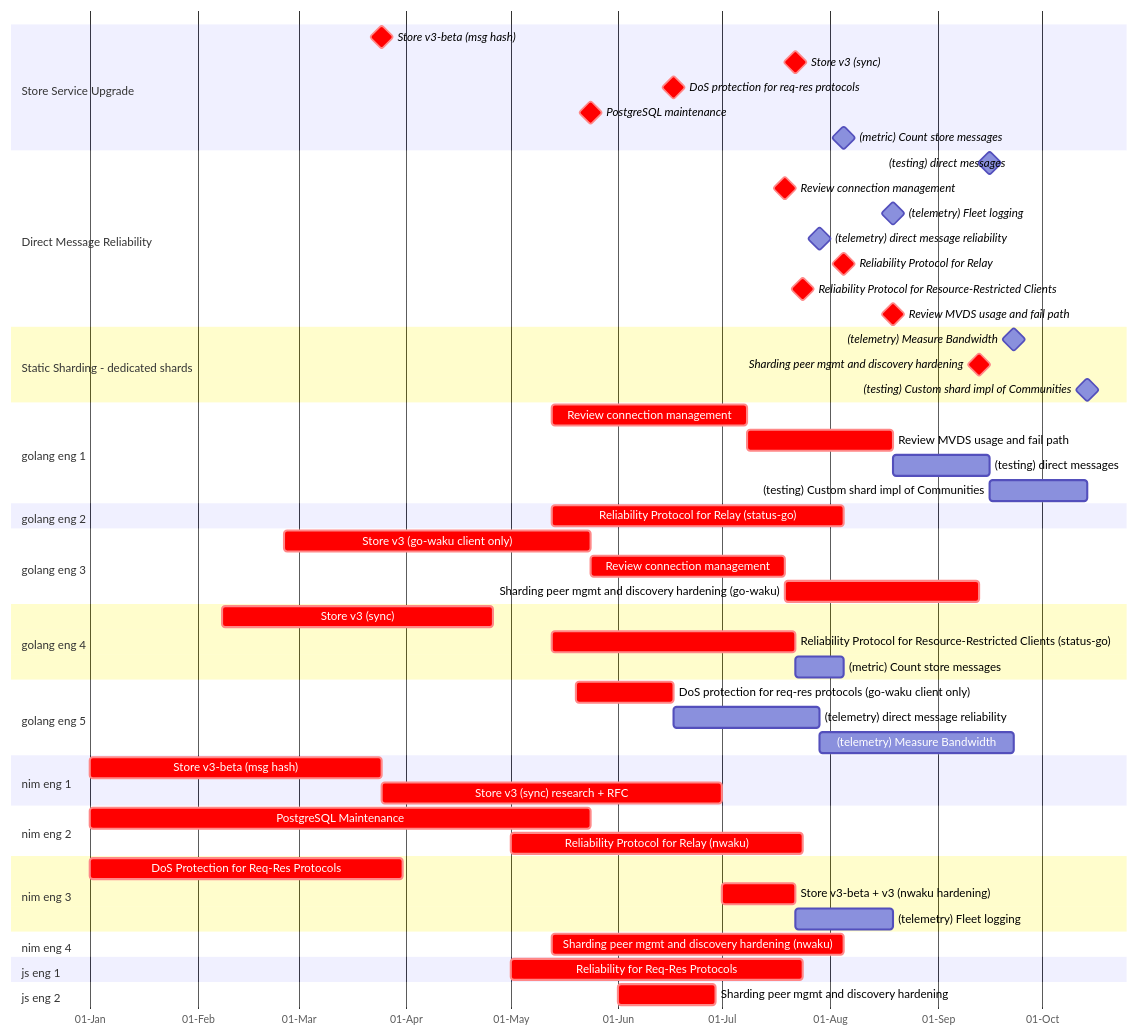
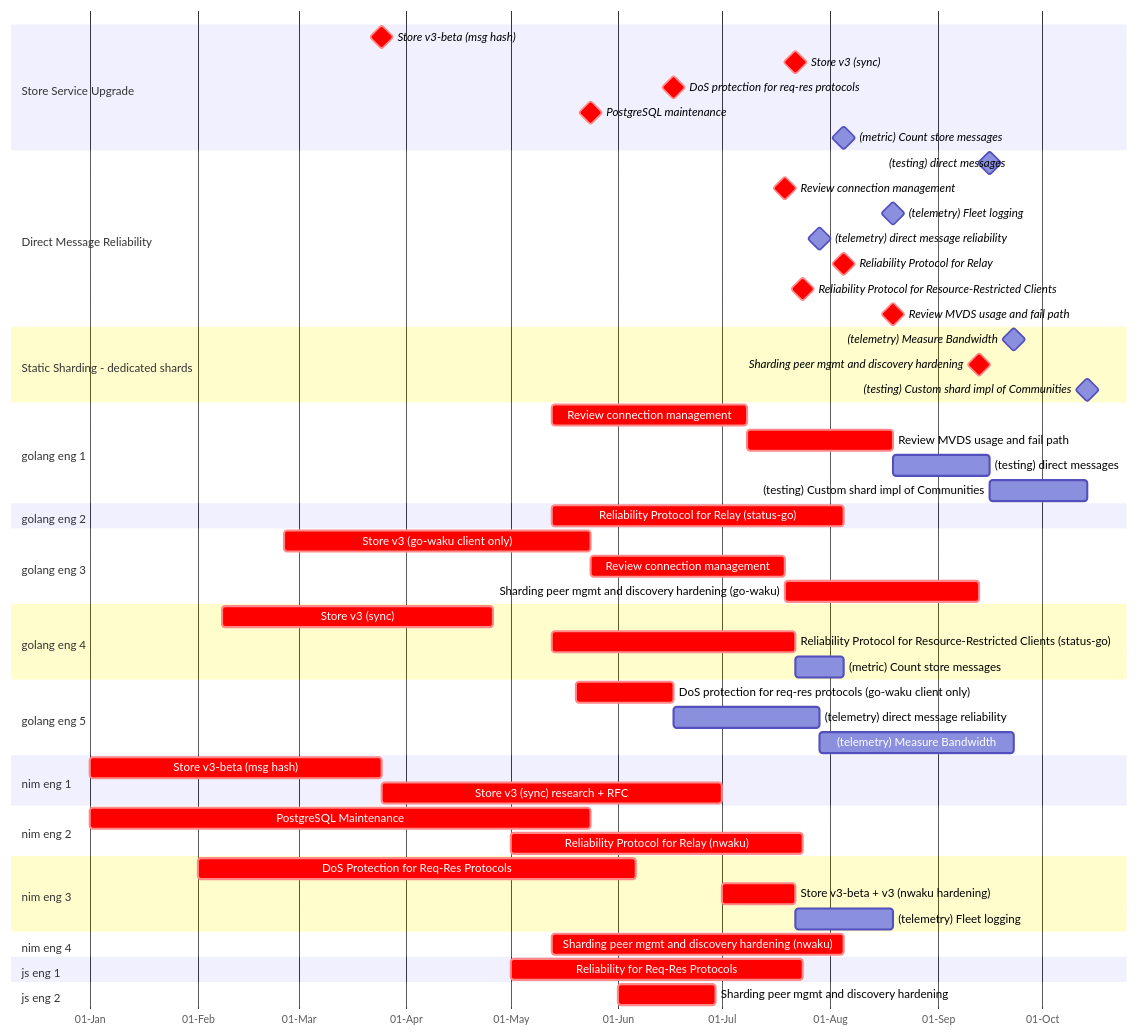
The diagram in content/waku/2024-gantt.md (logos-co/roadmap), drawn with Mermaid before and after one commit.

Commit message:
dos reqres estimate

````diff
--- a/content/waku/2024-gantt.md
+++ b/content/waku/2024-gantt.md
@@ -16,81 +16,78 @@
 ```mermaid
 gantt
     dateFormat YYYY-MM-DD
     axisFormat %d-%b
     
 %% Milestones overview with deliverables
     section Store Service Upgrade
         Store v3-beta (msg hash): crit, milestone, after storev3-br, 0
         Store v3 (sync): crit, milestone, after storev3-r storev3-g storev3-n, 0
         DoS protection for req-res protocols: crit, milestone, after dosreqresn dosreqresj dosreqresg, 0
         PostgreSQL maintenance: crit, milestone, after pgsql, 0
         (metric) Count store messages: milestone, after count-store-msg, 0
     section Direct Message Reliability
         (testing) direct messages: milestone, after test-direct-msg, 0
         Review connection management: crit, milestone, after review-conn-mgmt-1 review-conn-mgmt-2, 0
         (telemetry) Fleet logging: milestone, after telem-fleet-logging, 0
         (telemetry) direct message reliability: milestone, after telem-d-msg-rel, 0
         Reliability Protocol for Relay: crit, milestone, after rel-relay-g rel-relay-n, 0
         Reliability Protocol for Resource-Restricted Clients: crit, milestone, after rel-reqres-g rel-reqres-j, 0
         Review MVDS usage and fail path: crit, milestone, after mvds, 0
     section Static Sharding - dedicated shards
         (telemetry) Measure Bandwidth: milestone, after telem-bandwidth, 0
         Sharding peer mgmt and discovery hardening: crit, milestone, after sh-peer-mgmt-j sh-peer-mgmt-n sh-peer-mgmt-g, 0
         (testing) Custom shard impl of Communities: milestone, after test-custom-shard, 0
 
 %% Tasks
     section golang eng 1
-        %% Estimation TBC
+        %% Estimation TBC - Prem says fine, waiting on 2nd opinion
         Review connection management: crit, review-conn-mgmt-1, 2024-05-13, 8w
-        %% Estimate TBC
+        %% Estimation TBC - Prem says fine, waiting on 2nd opinion
         Review MVDS usage and fail path: crit, mvds, after review-conn-mgmt-1, 6w
         %% Estimate/start TBC
         (testing) direct messages: test-direct-msg, after mvds, 4w
         %% Estimate TBC
         (testing) Custom shard impl of Communities: test-custom-shard, after test-direct-msg, 4w 
     section golang eng 2
         Reliability Protocol for Relay (status-go): crit, rel-relay-g, 2024-05-13, 12w
     section golang eng 3
         Store v3 (go-waku client only): crit, storev3-g, 2024-02-26, 2024-05-24
         %% Estimate TBC - assuming parallel work possible
         Review connection management: crit, review-conn-mgmt-2, after storev3-g, 8w
-        %% TBC Estimate
         Sharding peer mgmt and discovery hardening (go-waku): crit, sh-peer-mgmt-g, after review-conn-mgmt-2, 8w
     section golang eng 4
         %% Review if actually needed
         Store v3 (sync): crit, 2024-02-08, 2024-04-26
-        %% Estimate TBC assuming no RFC here
         Reliability Protocol for Resource-Restricted Clients (status-go): crit, rel-reqres-g, 2024-05-13, 10w
         (metric) Count store messages: count-store-msg, after rel-reqres-g, 2w
     section golang eng 5
-        %% Estimate TBD
+        %% Estimate TBD - Prem says fine, waiting on 2nd opinion
         DoS protection for req-res protocols (go-waku client only): crit, dosreqresg, 2024-05-20, 4w
         %% TBC estimate and start
         (telemetry) direct message reliability: telem-d-msg-rel, 2024-06-17, 6w
         %% TBC estimate and start
         (telemetry) Measure Bandwidth: telem-bandwidth, after telem-d-msg-rel, 8w
     section test eng 1
         %% TODO: start small scale simulations of DST such store perf    
     section nim eng 1
         %% TBC estimation done?
         Store v3-beta (msg hash): crit, storev3-br, 2024-01-01, 12w
         Store v3 (sync) research + RFC: crit, storev3-r, after storev3-br, 14w
     section nim eng 2
         PostgreSQL Maintenance: crit, pgsql, 2024-01-01, 2024-05-24
         Reliability Protocol for Relay (nwaku): crit, rel-relay-n, 2024-05-01, 12w
     section nim eng 3
-        %% TBC estimate/end
-        DoS Protection for Req-Res Protocols: crit, dosreqresn, 2024-01-01, 90d
+        DoS Protection for Req-Res Protocols: crit, dosreqresn, 2024-02-01, 18w 
         %% TBC estimate, this is assuming PoC is done, ie,  how much hardening would be needed?
         Store v3-beta + v3 (nwaku hardening): crit, storev3-n, after storev3-br storev3-r dosreqresn, 3w
         %% TBC estimate/end/start
         (telemetry) Fleet logging: telem-fleet-logging, after storev3-n, 4w
     section nim eng 4
         %% TBC estimate/end
         Sharding peer mgmt and discovery hardening (nwaku): crit, sh-peer-mgmt-n, 2024-05-13, 12w
     section js eng 1
         Reliability for Req-Res Protocols: crit, rel-reqres-j, 2024-05-01, 12w
     section js eng 2
         %% TBC scope
         Sharding peer mgmt and discovery hardening: crit, sh-peer-mgmt-j, 2024-06-01, 4w
 ```
````
